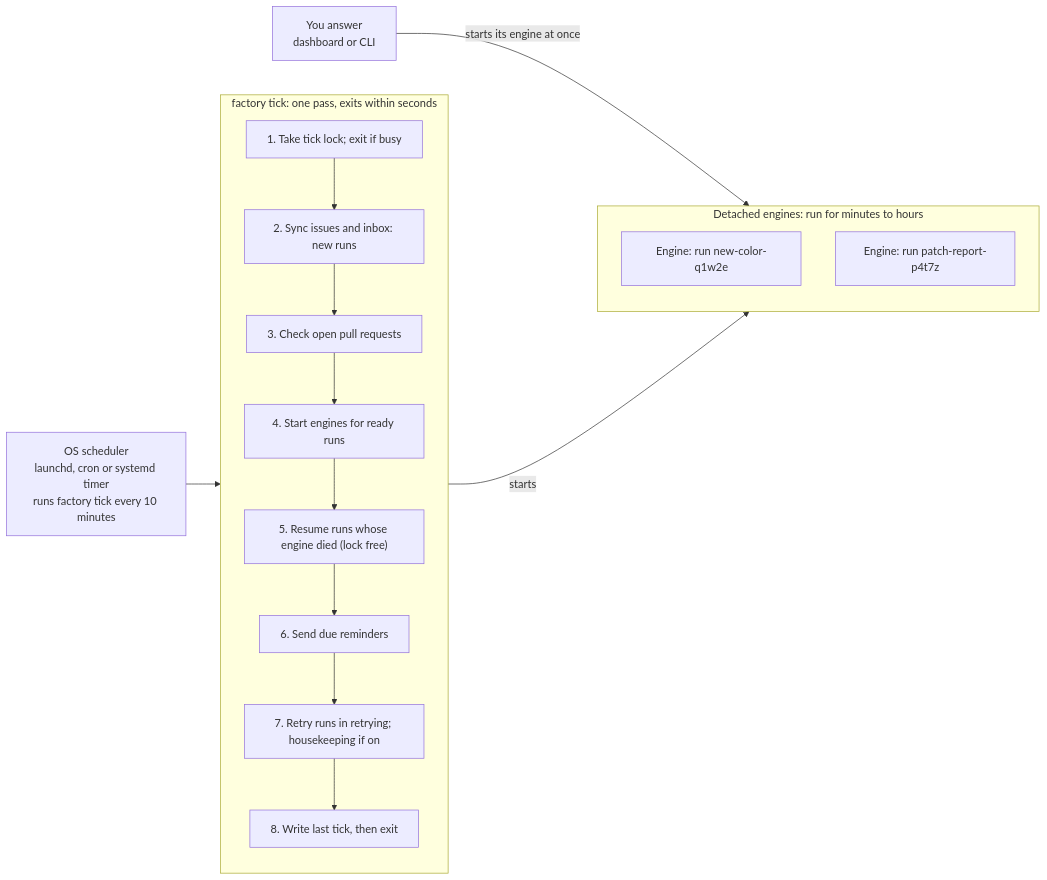
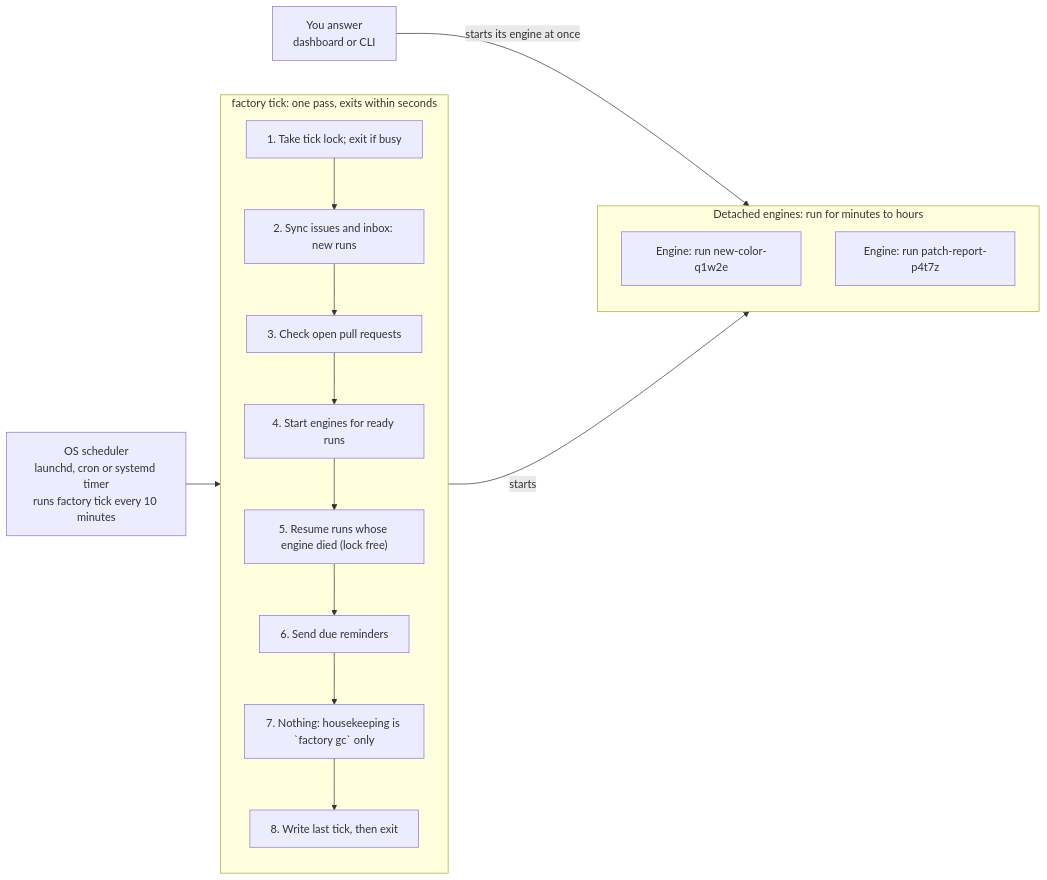
Before and after one commit to plaktoz/factory: the first of 2 diagrams in docs/design/modules/06-engine-core.md, drawn with Mermaid. The commit also changed other lines of this file, not shown here.

First line of the commit message:
Module 6: the tick does not run housekeeping, and fix the tick.json and 6B lists

````diff
--- a/docs/design/modules/06-engine-core.md
+++ b/docs/design/modules/06-engine-core.md
@@ -23,20 +23,20 @@
 ```mermaid
 flowchart LR
   os["OS scheduler<br/>launchd, cron or systemd timer<br/>runs factory tick every 10 minutes"] --> tick
   subgraph tick["factory tick: one pass, exits within seconds"]
     direction TB
     t1["1. Take tick lock; exit if busy"] --> t2["2. Sync issues and inbox: new runs"]
     t2 --> t3["3. Check open pull requests"]
     t3 --> t4["4. Start engines for ready runs"]
     t4 --> t5["5. Resume runs whose engine died (lock free)"]
     t5 --> t6["6. Send due reminders"]
-    t6 --> t7["7. Retry runs in retrying; housekeeping if on"]
+    t6 --> t7["7. Nothing: housekeeping is `factory gc` only"]
     t7 --> t8["8. Write last tick, then exit"]
   end
   t4 -->|starts| eng
   subgraph eng["Detached engines: run for minutes to hours"]
     e1["Engine: run new-color-q1w2e"]
     e2["Engine: run patch-report-p4t7z"]
   end
   you["You answer<br/>dashboard or CLI"] -->|starts its engine at once| eng
 ```
````
